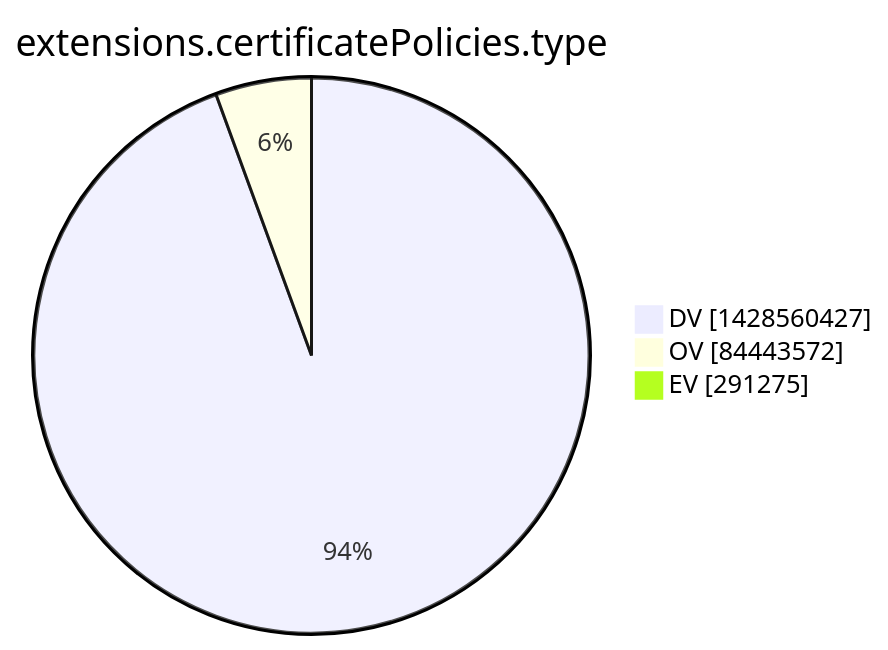
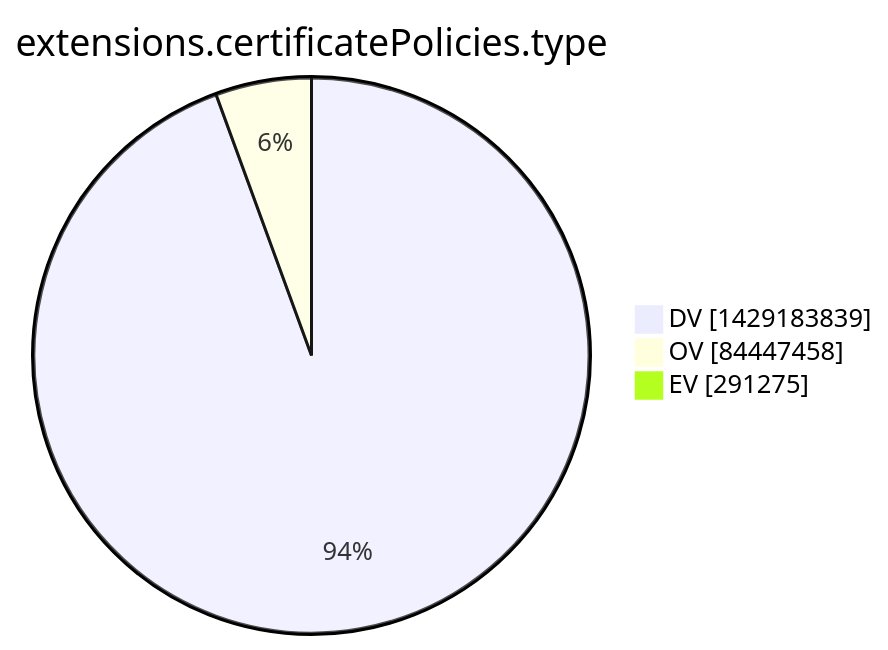
The tenth of 15 diagrams in argon2022/README.md (christiankrug/ctmonitor_visualization), drawn with Mermaid before and after one commit. The commit also changed other lines of this file, not shown here.

````diff
--- a/argon2022/README.md
+++ b/argon2022/README.md
@@ -2773,7 +2773,7 @@
 ```mermaid
 pie showData
 title extensions.certificatePolicies.type
-"DV" :1428560427
-"OV" :84443572
+"DV" :1429183839
+"OV" :84447458
 "EV" :291275
 ```
````
